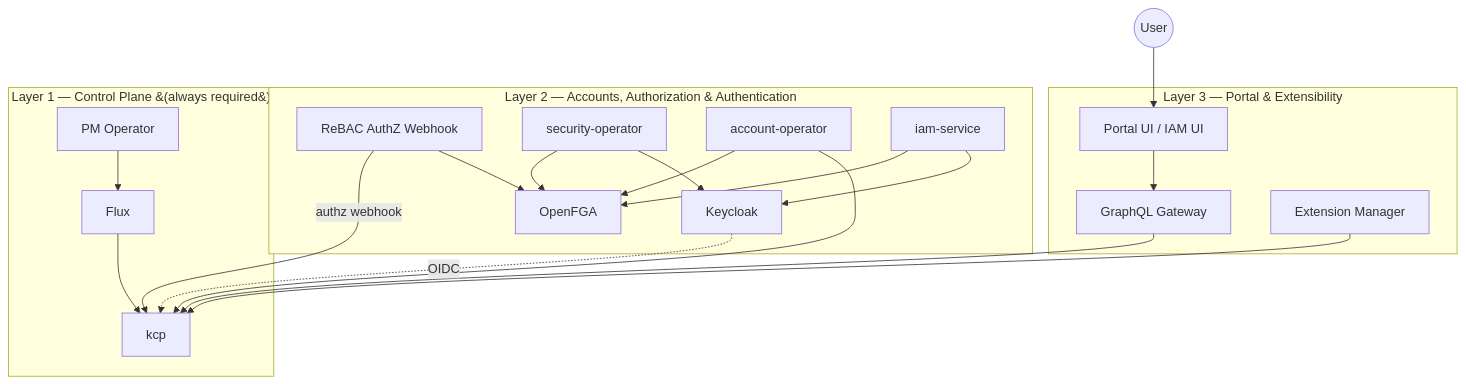
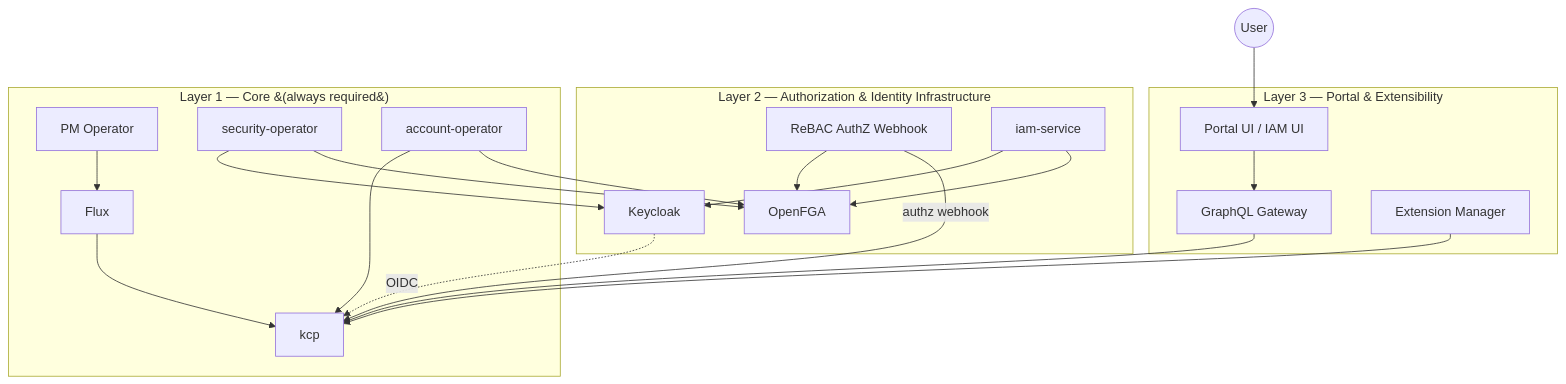
The first of 3 diagrams in rfc/008-platform-mesh-modularization.md (platform-mesh/architecture), drawn with Mermaid before and after one commit. The commit also changed other lines of this file, not shown here.

````diff
--- a/rfc/008-platform-mesh-modularization.md
+++ b/rfc/008-platform-mesh-modularization.md
@@ -88,41 +88,41 @@
 ```mermaid
 graph TD
     User((User))
 
     subgraph "Layer 3 — Portal & Extensibility"
         Portal[Portal UI / IAM UI]
         GW[GraphQL Gateway]
         ExtMgr[Extension Manager]
     end
 
-    subgraph "Layer 2 — Accounts, Authorization & Authentication"
+    subgraph "Layer 2 — Authorization & Identity Infrastructure"
         KC[Keycloak]
         FGA[OpenFGA]
         ReBACWH[ReBAC AuthZ Webhook]
-        SecOp[security-operator]
-        AccOp[account-operator]
         IAM[iam-service]
     end
 
-    subgraph "Layer 1 — Control Plane &#40;always required&#41;"
+    subgraph "Layer 1 — Core &#40;always required&#41;"
         KCP[kcp]
         PMOp[PM Operator]
         Flux[Flux]
+        SecOp[security-operator]
+        AccOp[account-operator]
     end
 
     User --> Portal
     Portal --> GW
     GW --> KCP
     KC -.->|OIDC| KCP
     ReBACWH -->|authz webhook| KCP
     ReBACWH --> FGA
     SecOp --> FGA
     SecOp --> KC
     AccOp --> FGA
     AccOp --> KCP
     IAM --> FGA
     IAM --> KC
     ExtMgr --> KCP
     PMOp --> Flux
     Flux --> KCP
 ```
````
